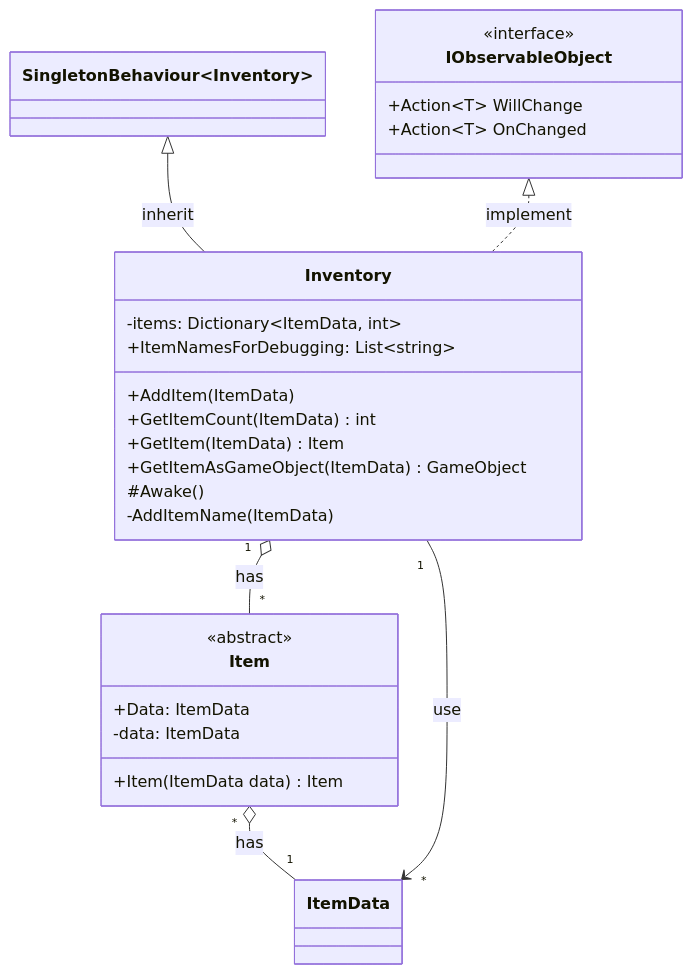
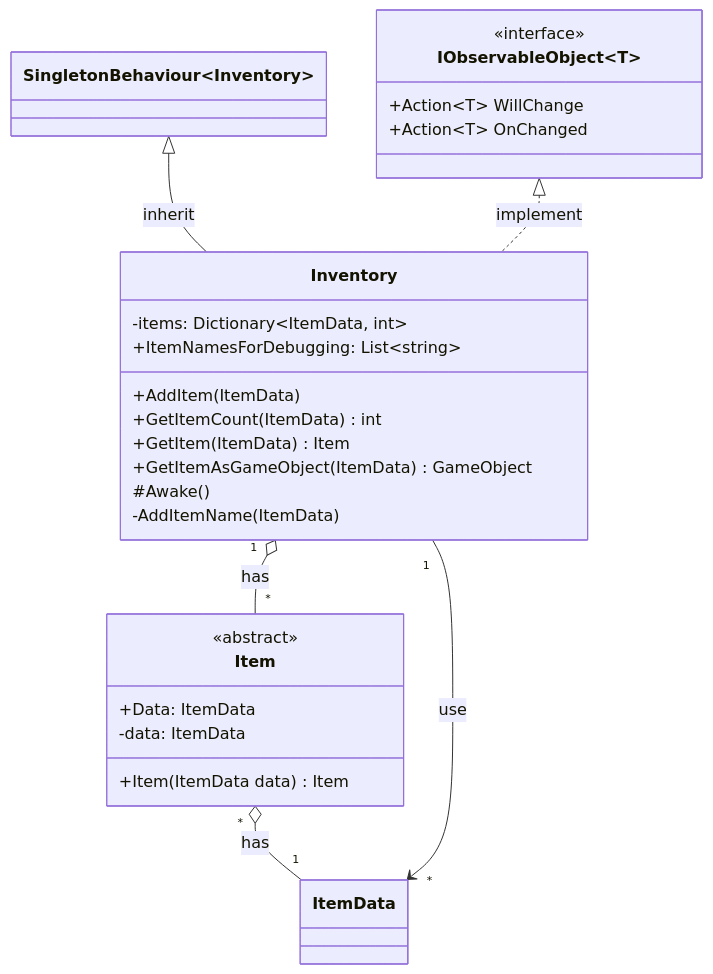
One commit to 10-team-project/docs changed the diagram in docs/기능명세서/아이템/Inventory.md. Above: the diagram before and after it, drawn with Mermaid. The commit also changed 2 other files, not shown here.

Commit message:
IObservableObject

````diff
--- a/docs/기능명세서/아이템/Inventory.md
+++ b/docs/기능명세서/아이템/Inventory.md
@@ -33,33 +33,33 @@
 ```mermaid
 classDiagram
 
 	class Inventory {
 		-items: Dictionary~ItemData, int~
 		+ItemNamesForDebugging: List~string~
 		+AddItem(ItemData)
 		+GetItemCount(ItemData) int
 		+GetItem(ItemData) Item
 		+GetItemAsGameObject(ItemData) GameObject
 		#Awake()
 		-AddItemName(ItemData)
 	}
 	
 	class Item {
 	<<abstract>>
 		+Data: ItemData
 		-data: ItemData
 		+Item(ItemData data) Item
 	}
 
-	class IObservableObject {
+	class IObservableObject~T~ {
 		<<interface>>
 		+Action~T~ WillChange
 		+Action~T~ OnChanged
 	}
 	
 	SingletonBehaviour~Inventory~ <|-- Inventory : inherit
 	IObservableObject~Inventory~  <|.. Inventory : implement
 	Inventory "1" o-- "*" Item : has
 	ItemData "*" <-- "1" Inventory : use
 	Item "*" o-- "1" ItemData	: has
 ```
````
